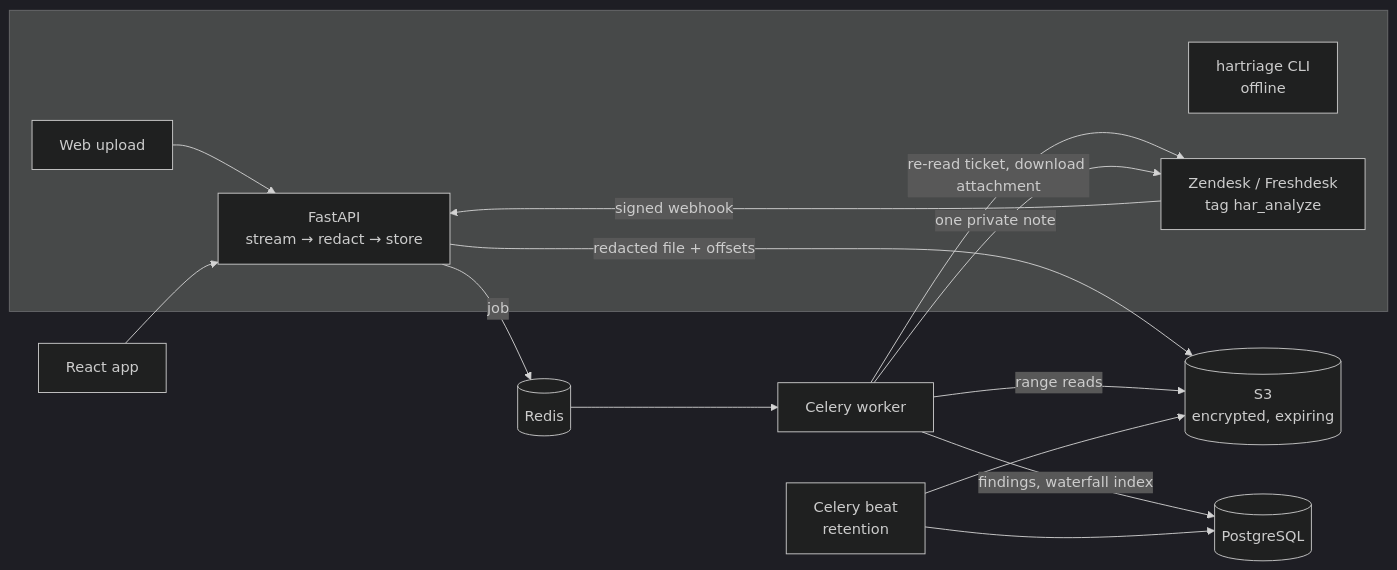
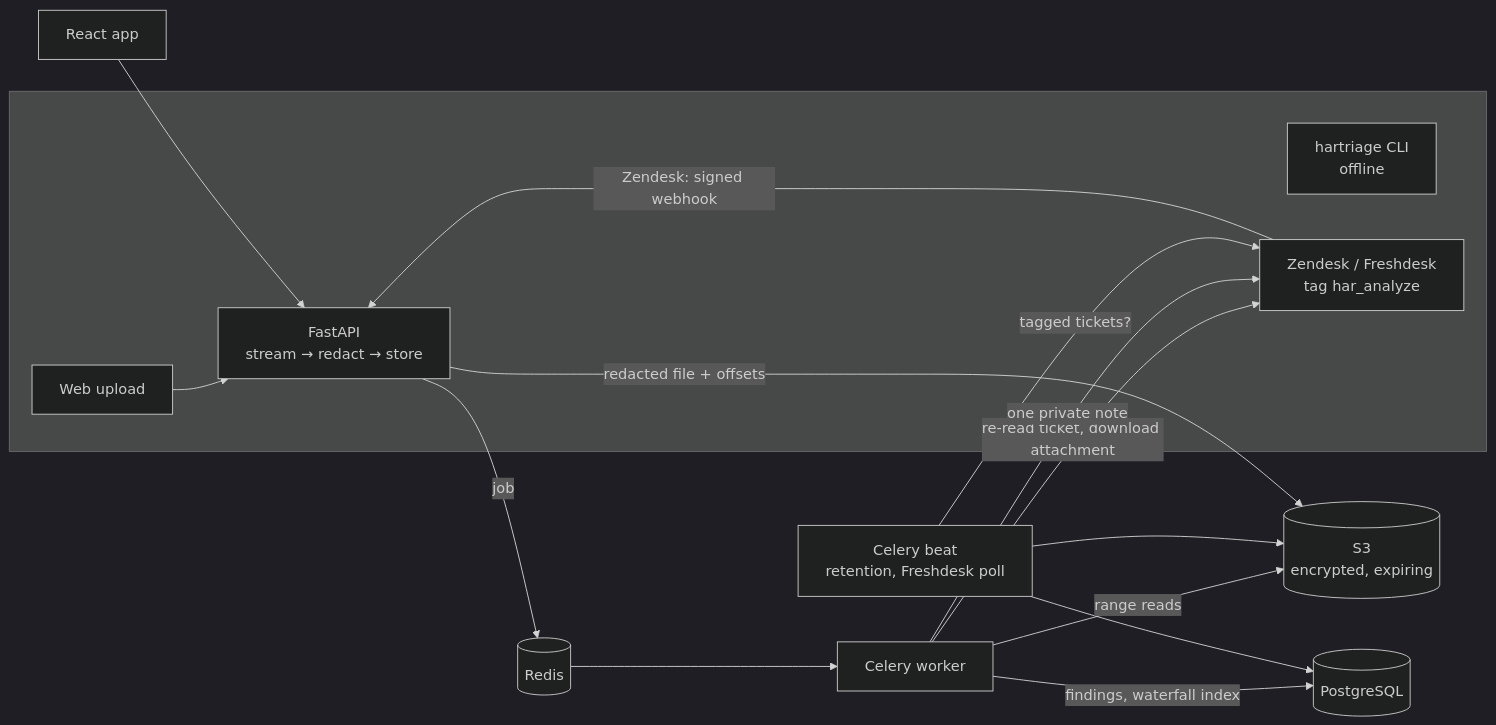
Before and after one commit to priyadharshanexe/hartriage: the diagram in README.md, drawn with Mermaid (dark theme). The commit also changed other lines of this file and 5 other files, not shown here.

````diff
--- a/README.md
+++ b/README.md
@@ -43,17 +43,18 @@
 ```mermaid
 flowchart LR
   subgraph In[" "]
     U[Web upload] --> API
     CLI[hartriage CLI<br/>offline]
-    HD[Zendesk / Freshdesk<br/>tag har_analyze] -- signed webhook --> API
+    HD[Zendesk / Freshdesk<br/>tag har_analyze] -- Zendesk: signed webhook --> API
   end
   API[FastAPI<br/>stream → redact → store] -- redacted file + offsets --> S3[(S3<br/>encrypted, expiring)]
   API -- job --> Q[(Redis)]
   Q --> W[Celery worker]
   W -- re-read ticket, download attachment --> HD
   W -- range reads --> S3
   W -- findings, waterfall index --> PG[(PostgreSQL)]
   W -- one private note --> HD
-  B[Celery beat<br/>retention] --> PG & S3
+  B[Celery beat<br/>retention, Freshdesk poll] --> PG & S3
+  B -- tagged tickets? --> HD
   Web[React app] --> API
 ```
````
